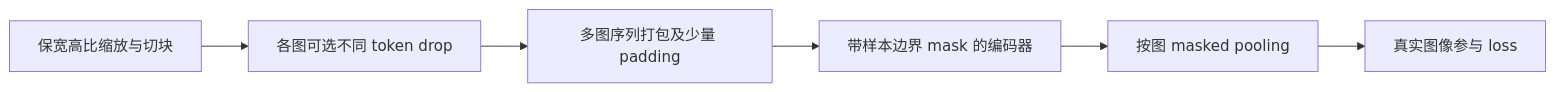
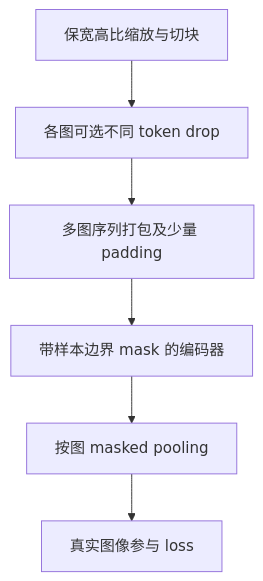
One commit to Westlife-Engineering/MLLM changed the diagram in wiki/papers/vision/encoders/NaViT.md. Above: the diagram before and after it, drawn with Mermaid. The commit also changed other lines of this file and 65 other files, not shown here.

````diff
--- a/wiki/papers/vision/encoders/NaViT.md
+++ b/wiki/papers/vision/encoders/NaViT.md
@@ -32,8 +32,8 @@
 ```mermaid
-flowchart LR
+flowchart TB
   A[保宽高比缩放与切块] --> B[各图可选不同 token drop]
   B --> C[多图序列打包及少量 padding]
   C --> D[带样本边界 mask 的编码器]
   D --> E[按图 masked pooling]
   E --> F[真实图像参与 loss]
 ```
````
